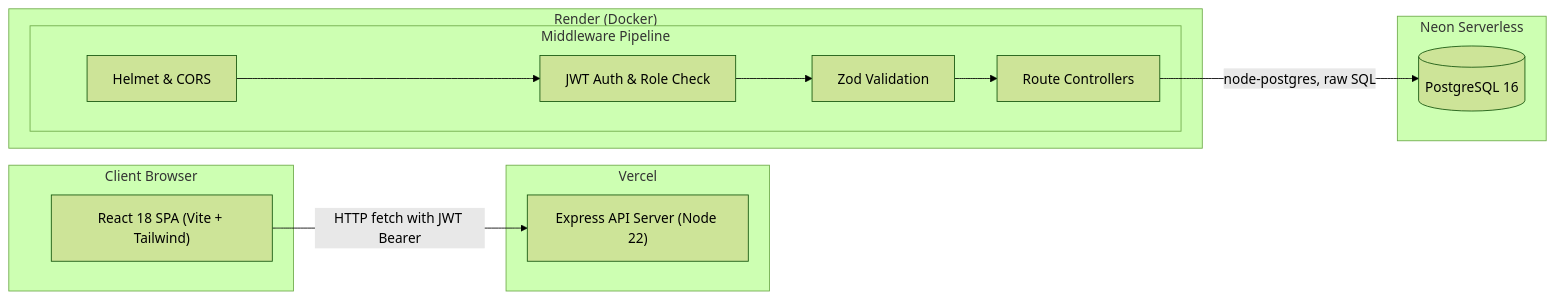
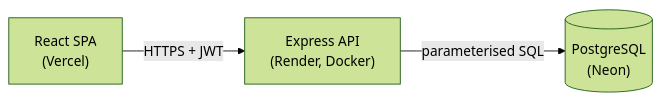
One commit to gowthame23/Joineazy_assignment changed the second of 3 diagrams in README.md. Above: the diagram before and after it, drawn with Mermaid (forest theme). The commit also changed other lines of this file and 28 other files, not shown here.

````diff
--- a/README.md
+++ b/README.md
@@ -363,23 +359,5 @@
 ```mermaid
 flowchart LR
-    subgraph Client ["Client Browser"]
-        ReactApp["React 18 SPA (Vite + Tailwind)"]
-    end
-
-    subgraph Hosting ["Vercel"]
-        ReactApp -->|"HTTP fetch with JWT Bearer"| ExpressAPI
-    end
-
-    subgraph BackendHost ["Render (Docker)"]
-        ExpressAPI["Express API Server (Node 22)"]
-        subgraph Pipeline ["Middleware Pipeline"]
-            Helmet["Helmet & CORS"] --> Auth["JWT Auth & Role Check"]
-            Auth --> Zod["Zod Validation"]
-            Zod --> Route["Route Controllers"]
-        end
-    end
-
-    subgraph Database ["Neon Serverless"]
-        Route -->|"node-postgres, raw SQL"| Postgres[("PostgreSQL 16")]
-    end
+    Browser["React SPA<br/>(Vercel)"] -->|"HTTPS + JWT"| API["Express API<br/>(Render, Docker)"]
+    API -->|"parameterised SQL"| DB[("PostgreSQL<br/>(Neon)")]
 ```
````
